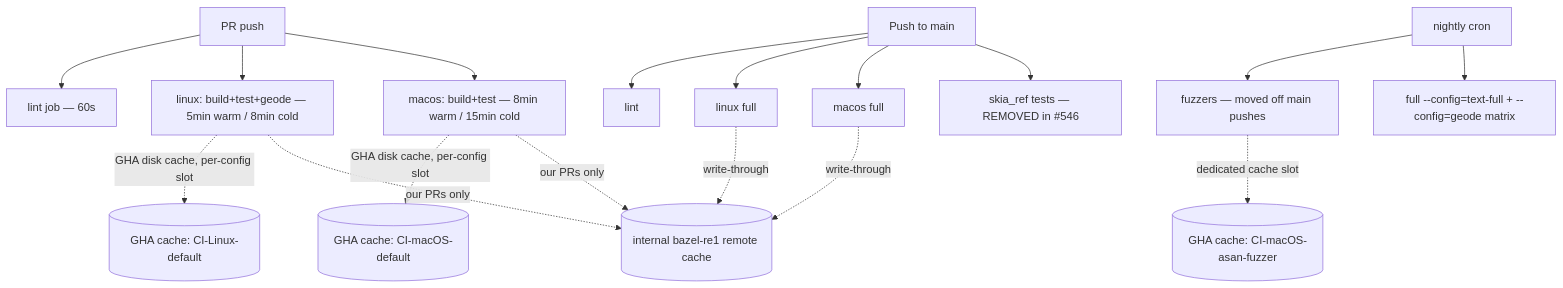
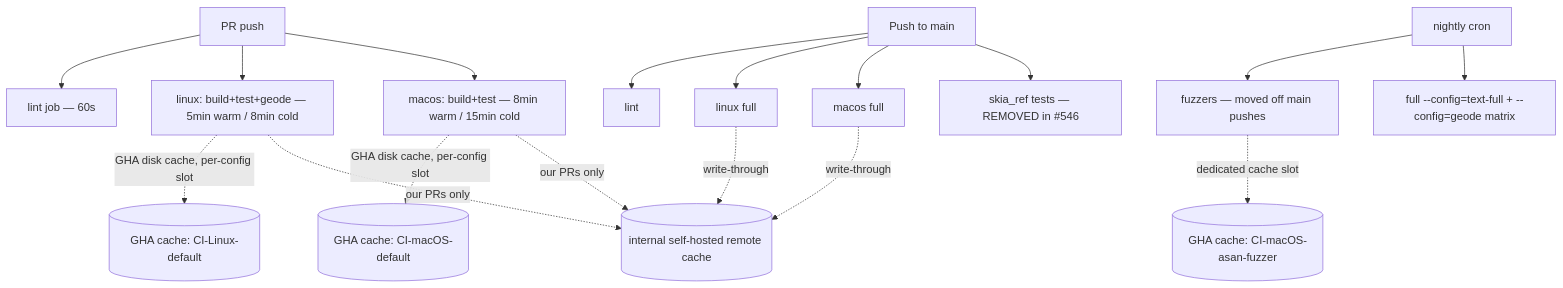
One commit to jwmcglynn/donner changed the diagram in docs/design_docs/0029-2-ci_runtime.md. Above: the diagram before and after it, drawn with Mermaid. The commit also changed other lines of this file and 1 other file, not shown here.

````diff
--- a/docs/design_docs/0029-2-ci_runtime.md
+++ b/docs/design_docs/0029-2-ci_runtime.md
@@ -203,23 +203,23 @@
 ```mermaid
 flowchart TD
     PR[PR push] --> Lint[lint job — 60s]
     PR --> LinuxFull[linux: build+test+geode — 5min warm / 8min cold]
     PR --> MacOS[macos: build+test — 8min warm / 15min cold]
 
     MainPush[Push to main] --> Lint2[lint]
     MainPush --> LinuxFull2[linux full]
     MainPush --> MacOS2[macos full]
     MainPush --> SkiaRef[skia_ref tests — REMOVED in #546]
 
     Nightly[nightly cron] --> Fuzz[fuzzers — moved off main pushes]
     Nightly --> ExtraSanity[full --config=text-full + --config=geode matrix]
 
     LinuxFull -.GHA disk cache, per-config slot.-> CacheLinux[(GHA cache: CI-Linux-default)]
     MacOS -.GHA disk cache, per-config slot.-> CacheMacos[(GHA cache: CI-macOS-default)]
     Fuzz -.dedicated cache slot.-> FuzzCache[(GHA cache: CI-macOS-asan-fuzzer)]
 
-    LinuxFull -.our PRs only.-> RemoteCache[(internal bazel-re1 remote cache)]
+    LinuxFull -.our PRs only.-> RemoteCache[(internal self-hosted remote cache)]
     MacOS -.our PRs only.-> RemoteCache
     LinuxFull2 -.write-through.-> RemoteCache
     MacOS2 -.write-through.-> RemoteCache
 ```
````
